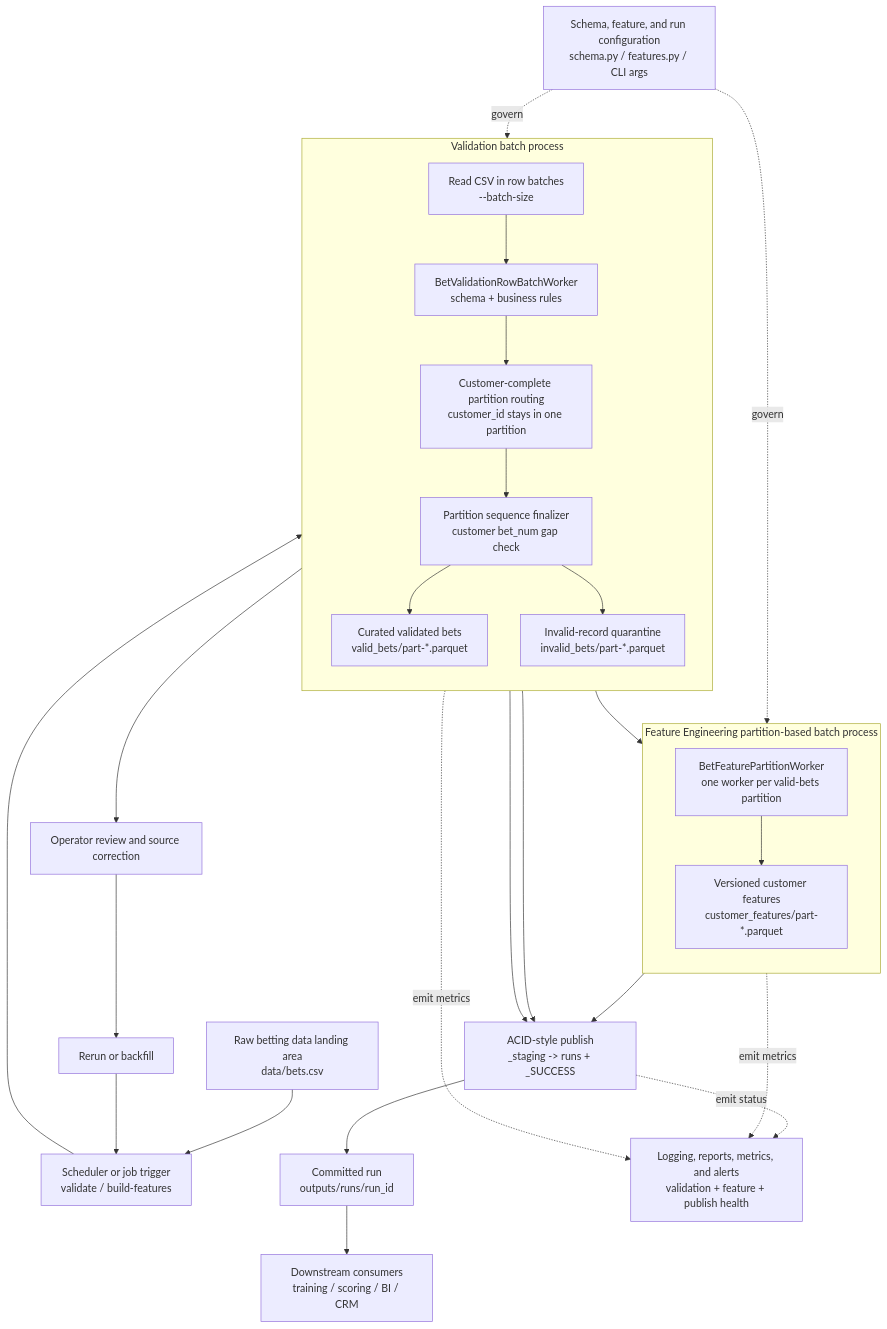
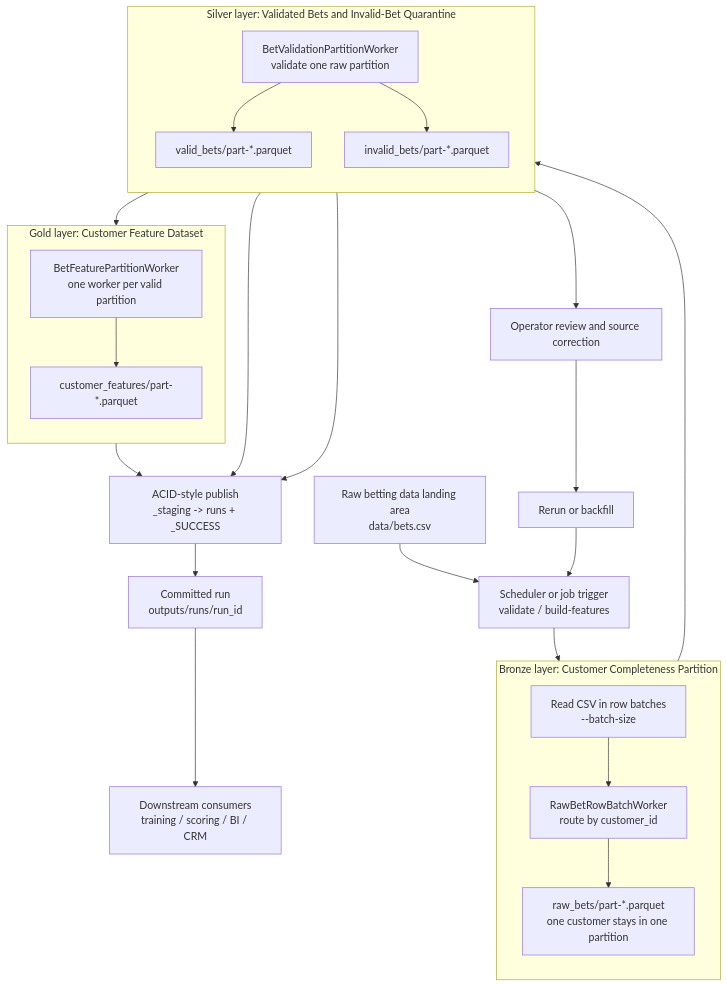
Before and after one commit to diyang/entain-case-test: the first of 2 diagrams in docs/architecture.md, drawn with Mermaid. The commit also changed other lines of this file and 13 other files, not shown here.

````diff
--- a/docs/architecture.md
+++ b/docs/architecture.md
@@ -5,48 +5,47 @@
 ```mermaid
 flowchart TD
     raw["Raw betting data landing area<br/>data/bets.csv"]
     trigger["Scheduler or job trigger<br/>validate / build-features"]
 
-    subgraph validation["Validation batch process"]
+    subgraph bronze["Bronze&nbsp;layer:&nbsp;Customer&nbsp;Completeness&nbsp;Partition"]
         direction TD
         read["Read CSV in row batches<br/>--batch-size"]
-        validate["BetValidationRowBatchWorker<br/>schema + business rules"]
-        route["Customer-complete partition routing<br/>customer_id stays in one partition"]
-        sequence["Partition sequence finalizer<br/>customer bet_num gap check"]
-        valid["Curated validated bets<br/>valid_bets/part-*.parquet"]
-        invalid["Invalid-record quarantine<br/>invalid_bets/part-*.parquet"]
+        route["RawBetRowBatchWorker<br/>route by customer_id"]
+        raw_parts["raw_bets/part-*.parquet<br/>one customer stays in one partition"]
 
-        read --> validate --> route --> sequence
-        sequence --> valid
-        sequence --> invalid
+        read --> route --> raw_parts
     end
 
-    subgraph features["Feature Engineering partition-based batch process"]
+    subgraph silver["Silver&nbsp;layer:&nbsp;Validated&nbsp;Bets&nbsp;and&nbsp;Invalid-Bet&nbsp;Quarantine"]
         direction TD
-        feature_worker["BetFeaturePartitionWorker<br/>one worker per valid-bets partition"]
-        feature_output["Versioned customer features<br/>customer_features/part-*.parquet"]
+        validate["BetValidationPartitionWorker<br/>validate one raw partition"]
+        valid["valid_bets/part-*.parquet"]
+        invalid["invalid_bets/part-*.parquet"]
+
+        validate --> valid
+        validate --> invalid
+    end
+
+    subgraph gold["Gold&nbsp;layer:&nbsp;Customer&nbsp;Feature&nbsp;Dataset"]
+        direction TD
+        feature_worker["BetFeaturePartitionWorker<br/>one worker per valid partition"]
+        feature_output["customer_features/part-*.parquet"]
 
         feature_worker --> feature_output
     end
 
     publish["ACID-style publish<br/>_staging -> runs + _SUCCESS"]
     committed["Committed run<br/>outputs/runs/run_id"]
     consumers["Downstream consumers<br/>training / scoring / BI / CRM"]
     review["Operator review and source correction"]
     rerun["Rerun or backfill"]
-    contracts["Schema, feature, and run configuration<br/>schema.py / features.py / CLI args"]
-    observability["Logging, reports, metrics, and alerts<br/>validation + feature + publish health"]
 
     raw --> trigger --> read
+    raw_parts --> validate
     valid --> feature_worker
     valid --> publish
     invalid --> publish
     feature_output --> publish
     publish --> committed --> consumers
     invalid --> review --> rerun --> trigger
-    contracts -. govern .-> validate
-    contracts -. govern .-> feature_worker
-    validate -. emit metrics .-> observability
-    feature_worker -. emit metrics .-> observability
-    publish -. emit status .-> observability
 ```
````
